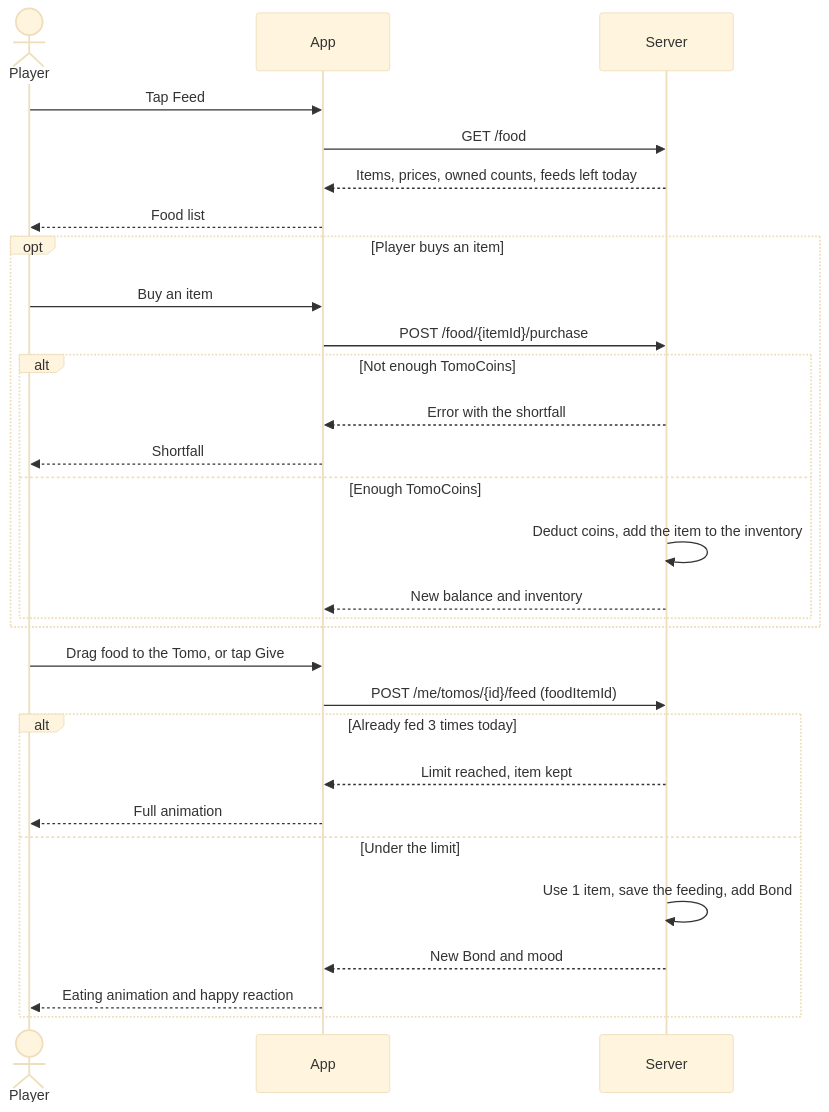
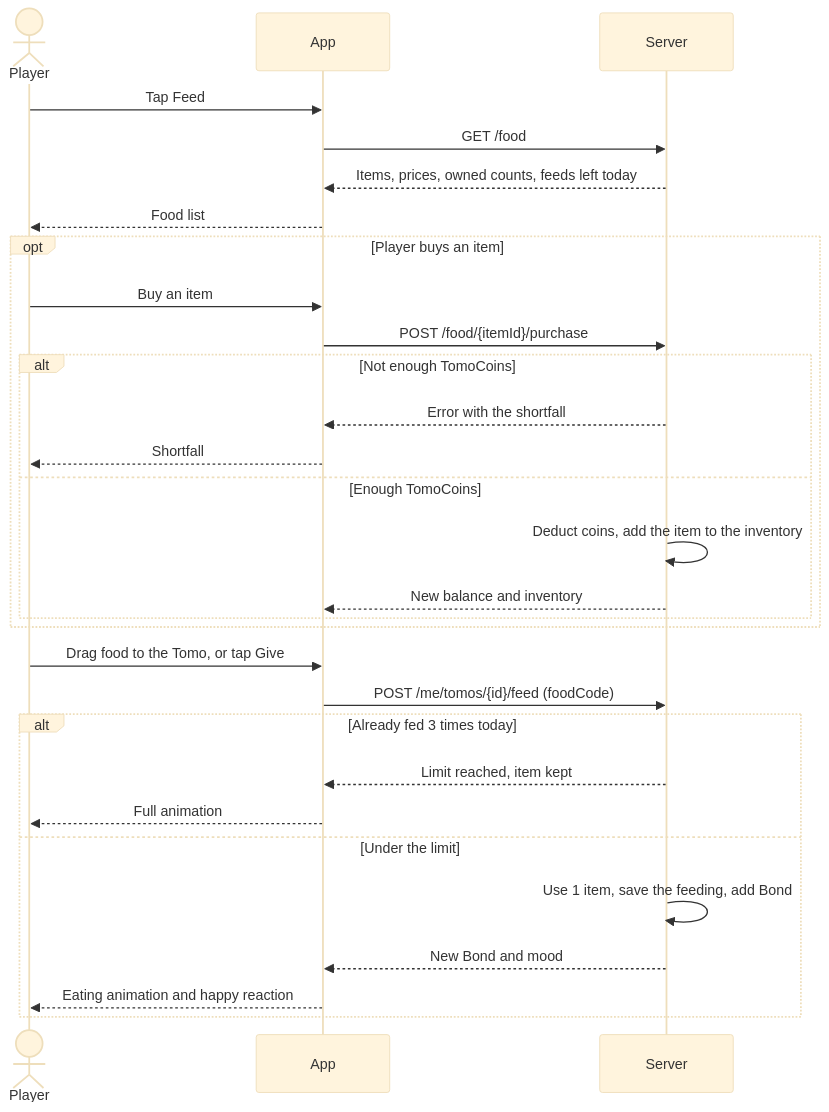
One commit to zhangs-tech/runtomo changed the diagram in docs/usecases/UC-18-feed-tomo.md. Above: the diagram before and after it, drawn with Mermaid (base theme). The commit also changed other lines of this file and 13 other files, not shown here.

Commit message:
docs: move static game data out of ERD and drop achievements from MVP

````diff
--- a/docs/usecases/UC-18-feed-tomo.md
+++ b/docs/usecases/UC-18-feed-tomo.md
@@ -62,32 +63,32 @@
 ```mermaid
 sequenceDiagram
     actor P as Player
     participant A as App
     participant S as Server
 
     P->>A: Tap Feed
     A->>S: GET /food
     S-->>A: Items, prices, owned counts, feeds left today
     A-->>P: Food list
     opt Player buys an item
         P->>A: Buy an item
         A->>S: POST /food/{itemId}/purchase
         alt Not enough TomoCoins
             S-->>A: Error with the shortfall
             A-->>P: Shortfall
         else Enough TomoCoins
             S->>S: Deduct coins, add the item to the inventory
             S-->>A: New balance and inventory
         end
     end
     P->>A: Drag food to the Tomo, or tap Give
-    A->>S: POST /me/tomos/{id}/feed (foodItemId)
+    A->>S: POST /me/tomos/{id}/feed (foodCode)
     alt Already fed 3 times today
         S-->>A: Limit reached, item kept
         A-->>P: Full animation
     else Under the limit
         S->>S: Use 1 item, save the feeding, add Bond
         S-->>A: New Bond and mood
         A-->>P: Eating animation and happy reaction
     end
 ```
````
